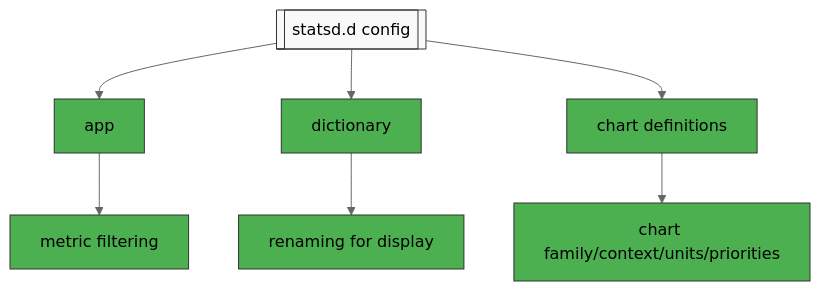
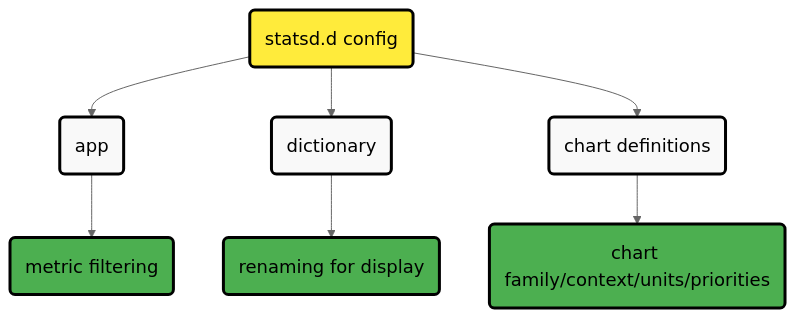
The third of 4 diagrams in src/collectors/statsd.plugin/README.md (netdata/netdata), drawn with Mermaid (neutral theme) before and after one commit. The commit also changed other lines of this file and 21 other files, not shown here.

Commit message:
Fix Mermaid diagrams across multiple files

````diff
--- a/src/collectors/statsd.plugin/README.md
+++ b/src/collectors/statsd.plugin/README.md
@@ -286,15 +293,20 @@
 ```mermaid
-graph TD
-    A[[statsd.d config]] --> B[app]
-    A --> C[dictionary]
-    A --> D[chart definitions]
-    B --> E[metric filtering]
-    C --> F[renaming for display]
-    D --> G[chart family/context/units/priorities]
+flowchart TD
+    A("statsd.d config") --> B("app")
+    A --> C("dictionary")
+    A --> D("chart definitions")
+    B --> E("metric filtering")
+    C --> F("renaming for display")
+    D --> G("chart family/context/units/priorities")
     
-    classDef default fill:#4caf50,stroke:#333,stroke-width:1px,color:black
-    classDef config fill:#f9f9f9,stroke:#333,stroke-width:1px
-    
-    class A config
-    class B,C,D,E,F,G default
+    %% Style definitions
+    classDef alert fill:#ffeb3b,stroke:#000000,stroke-width:3px,color:#000000,font-size:18px
+    classDef neutral fill:#f9f9f9,stroke:#000000,stroke-width:3px,color:#000000,font-size:18px
+    classDef complete fill:#4caf50,stroke:#000000,stroke-width:3px,color:#000000,font-size:18px
+    classDef database fill:#2196F3,stroke:#000000,stroke-width:3px,color:#000000,font-size:18px
+
+    %% Apply styles
+    class A alert
+    class B,C,D neutral
+    class E,F,G complete
 ```
````
